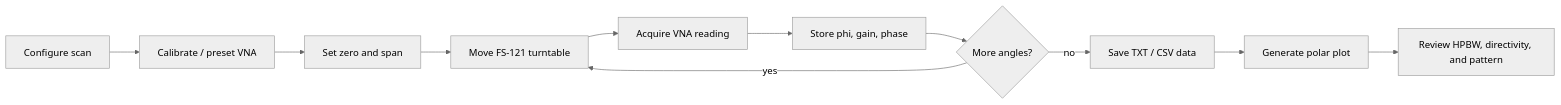
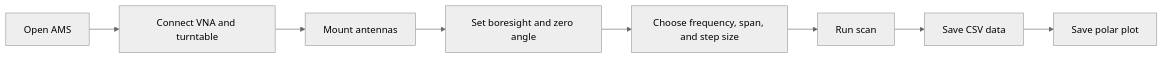
One commit to prestonmavady/ams changed the diagram in README.md. Above: the diagram before and after it, drawn with Mermaid (neutral theme). The commit also changed other lines of this file, not shown here.

````diff
--- a/README.md
+++ b/README.md
@@ -101,13 +151,10 @@
 ```mermaid
 flowchart LR
-    A[Configure scan] --> B[Calibrate / preset VNA]
-    B --> C[Set zero and span]
-    C --> D[Move FS-121 turntable]
-    D --> E[Acquire VNA reading]
-    E --> F[Store phi, gain, phase]
-    F --> G{More angles?}
-    G -- yes --> D
-    G -- no --> H[Save TXT / CSV data]
-    H --> I[Generate polar plot]
-    I --> J[Review HPBW, directivity, and pattern]
+    A[Open AMS] --> B[Connect VNA and turntable]
+    B --> C[Mount antennas]
+    C --> D[Set boresight and zero angle]
+    D --> E[Choose frequency, span, and step size]
+    E --> F[Run scan]
+    F --> G[Save CSV data]
+    G --> H[Save polar plot]
 ```
````
